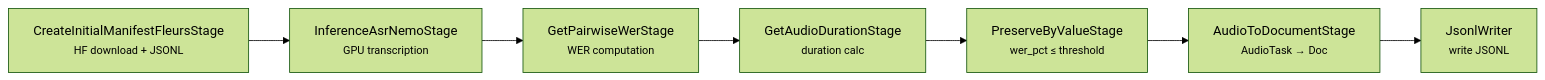
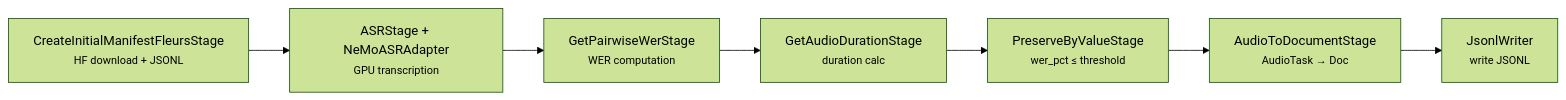
Before and after one commit to NVIDIA-NeMo/Curator: the diagram in tutorials/audio/fleurs/README.md, drawn with Mermaid (forest theme). The commit also changed other lines of this file and 33 other files, not shown here.

````diff
--- a/tutorials/audio/fleurs/README.md
+++ b/tutorials/audio/fleurs/README.md
@@ -11,9 +11,9 @@
 ```mermaid
 flowchart LR
-    A["CreateInitialManifestFleursStage<br/><small>HF download + JSONL</small>"] --> B["InferenceAsrNemoStage<br/><small>GPU transcription</small>"]
+    A["CreateInitialManifestFleursStage<br/><small>HF download + JSONL</small>"] --> B["ASRStage + NeMoASRAdapter<br/><small>GPU transcription</small>"]
     B --> C["GetPairwiseWerStage<br/><small>WER computation</small>"]
     C --> D["GetAudioDurationStage<br/><small>duration calc</small>"]
     D --> E["PreserveByValueStage<br/><small>wer_pct ≤ threshold</small>"]
     E --> F["AudioToDocumentStage<br/><small>AudioTask → Doc</small>"]
     F --> G["JsonlWriter<br/><small>write JSONL</small>"]
 ```
````
